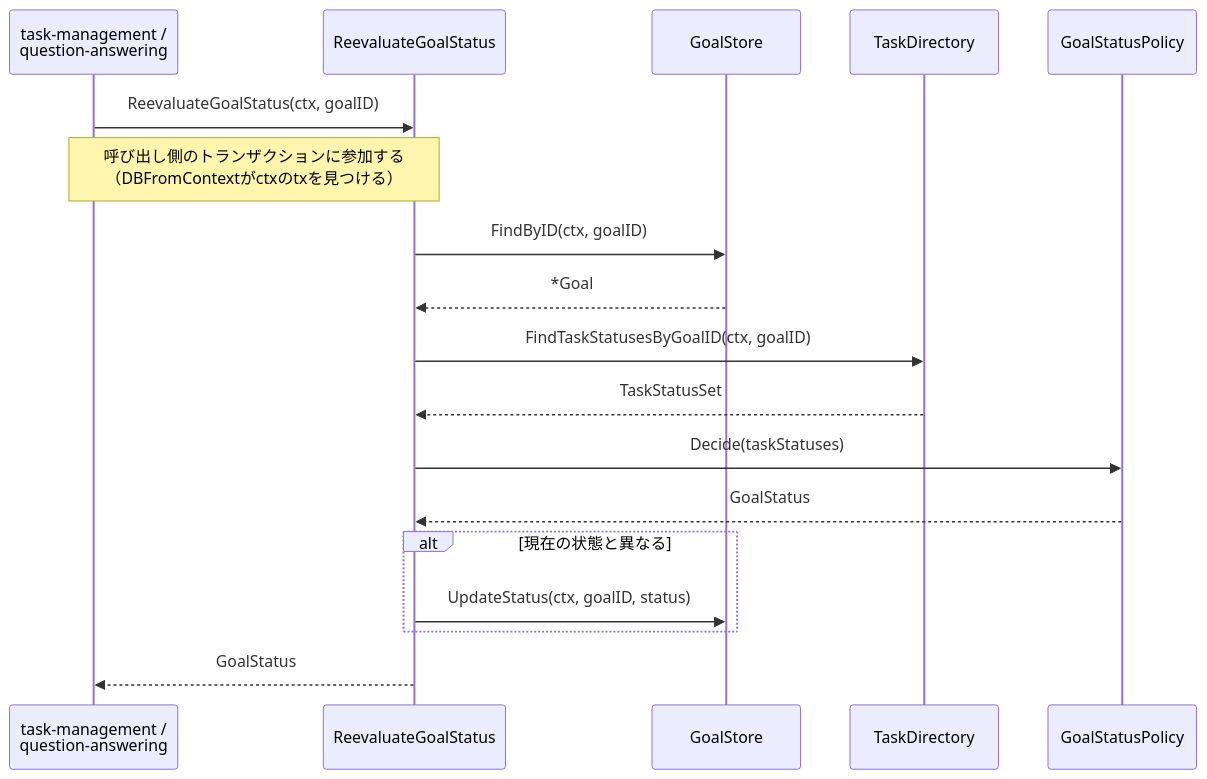
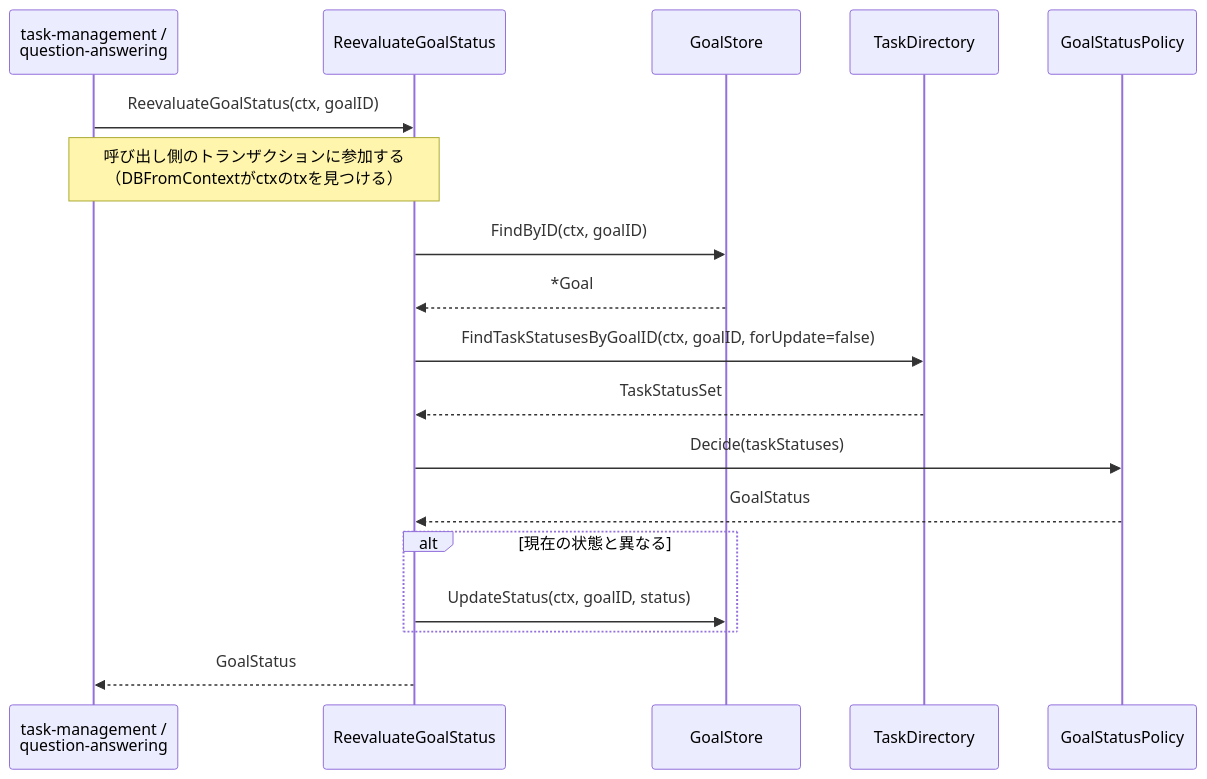
Before and after one commit to yuta20253/edu-platform-go-design: the fifth of 7 diagrams in 計画書/Go実装仕様書/目標管理機能_Go実装仕様書.md, drawn with Mermaid. The commit also changed other lines of this file and 71 other files, not shown here.

````diff
--- a/計画書/Go実装仕様書/目標管理機能_Go実装仕様書.md
+++ b/計画書/Go実装仕様書/目標管理機能_Go実装仕様書.md
@@ -383,21 +383,21 @@
 ```mermaid
 sequenceDiagram
     participant Caller as task-management /<br/>question-answering
     participant R as ReevaluateGoalStatus
     participant GS as GoalStore
     participant TD as TaskDirectory
     participant P as GoalStatusPolicy
 
     Caller->>R: ReevaluateGoalStatus(ctx, goalID)
     Note over Caller,R: 呼び出し側のトランザクションに参加する<br/>（DBFromContextがctxのtxを見つける）
     R->>GS: FindByID(ctx, goalID)
     GS-->>R: *Goal
-    R->>TD: FindTaskStatusesByGoalID(ctx, goalID)
+    R->>TD: FindTaskStatusesByGoalID(ctx, goalID, forUpdate=false)
     TD-->>R: TaskStatusSet
     R->>P: Decide(taskStatuses)
     P-->>R: GoalStatus
     alt 現在の状態と異なる
         R->>GS: UpdateStatus(ctx, goalID, status)
     end
     R-->>Caller: GoalStatus
 ```
````
